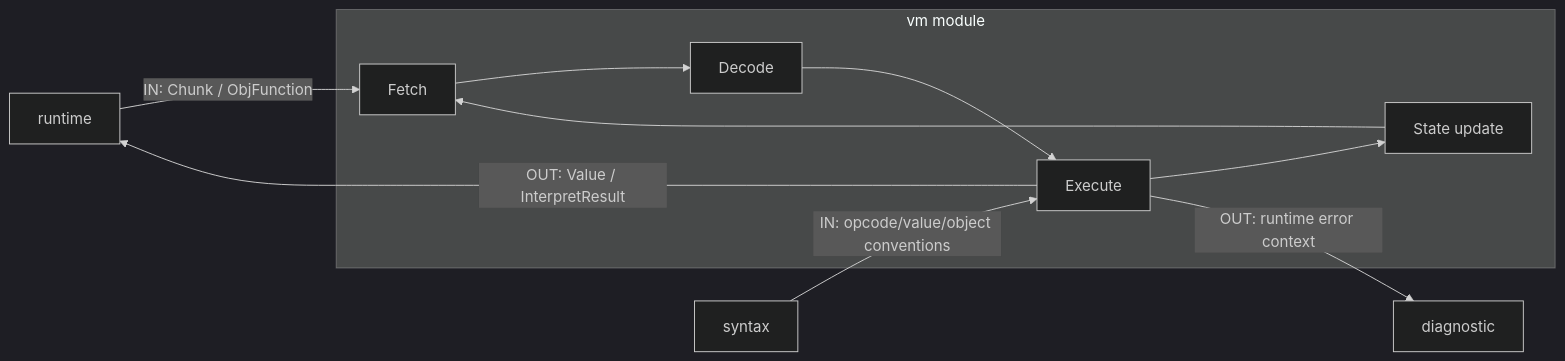
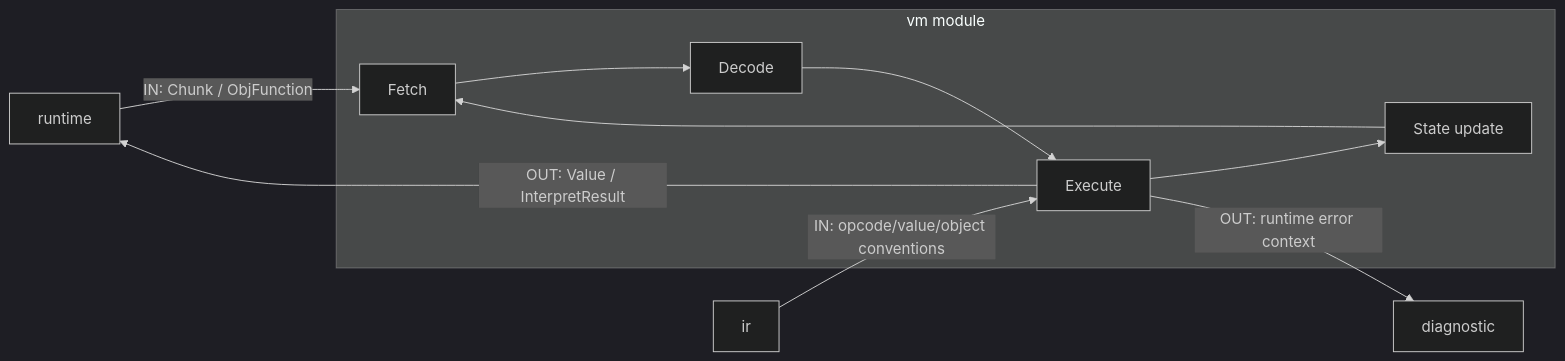
One commit to nikiplus/niki changed the diagram in include/niki/l0_core/vm/readme.md. Above: the diagram before and after it, drawn with Mermaid (dark theme). The commit also changed other lines of this file and 67 other files, not shown here.

````diff
--- a/include/niki/l0_core/vm/readme.md
+++ b/include/niki/l0_core/vm/readme.md
@@ -13,19 +13,19 @@
 ```mermaid
 graph LR
     MOD_RUNTIME[runtime]
-    MOD_SYNTAX[syntax]
+    MOD_IR[ir]
     MOD_DIAG[diagnostic]
 
     subgraph VMM[vm module]
         STAGE_FETCH[Fetch]
         STAGE_DECODE[Decode]
         STAGE_EXECUTE[Execute]
         STAGE_STATE[State update]
         STAGE_FETCH --> STAGE_DECODE --> STAGE_EXECUTE --> STAGE_STATE --> STAGE_FETCH
     end
 
     MOD_RUNTIME -->|IN: Chunk / ObjFunction| STAGE_FETCH
-    MOD_SYNTAX -->|IN: opcode/value/object conventions| STAGE_EXECUTE
+    MOD_IR -->|IN: opcode/value/object conventions| STAGE_EXECUTE
     STAGE_EXECUTE -->|OUT: Value / InterpretResult| MOD_RUNTIME
     STAGE_EXECUTE -->|OUT: runtime error context| MOD_DIAG
 ```
````
